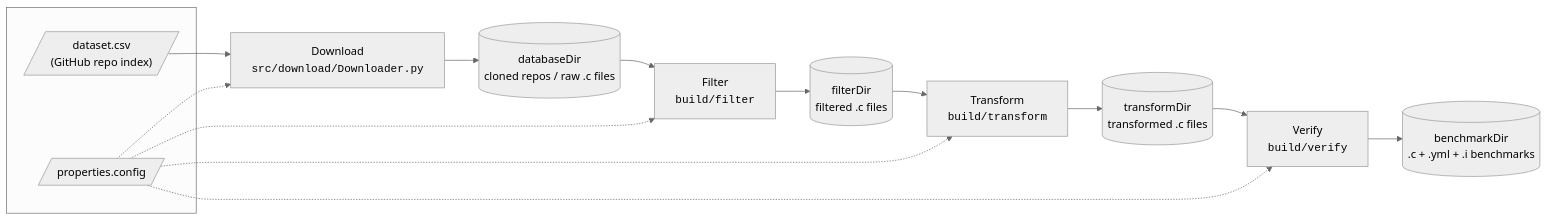
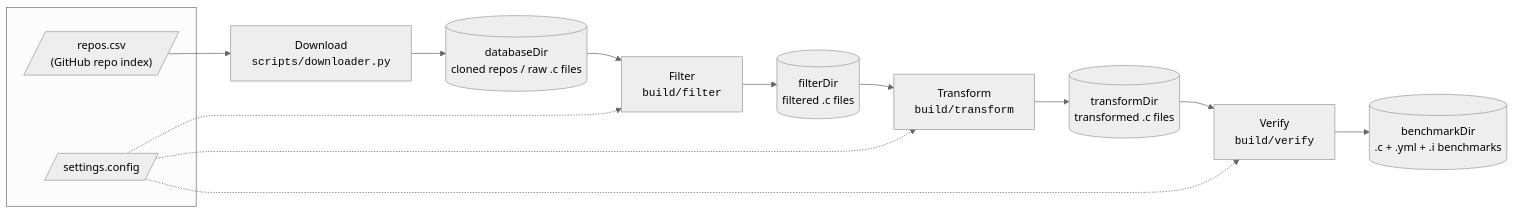
One commit to unl-pal/argv-c-transformer changed the first of 2 diagrams in docs/Design.md. Above: the diagram before and after it, drawn with Mermaid (neutral theme). The commit also changed other lines of this file and 93 other files, not shown here.

````diff
--- a/docs/Design.md
+++ b/docs/Design.md
@@ -17,31 +22,30 @@
 ```mermaid
 flowchart LR
     subgraph inputs[" "]
-        CSV[/"dataset.csv<br/>(GitHub repo index)"/]
-        CFG[/"properties.config"/]
+        CSV[/"repos.csv<br/>(GitHub repo index)"/]
+        CFG[/"settings.config"/]
     end
 
-    DL["Download<br/><code>src/download/Downloader.py</code>"]
+    DL["Download<br/><code>scripts/downloader.py</code>"]
     FI["Filter<br/><code>build/filter</code>"]
     TR["Transform<br/><code>build/transform</code>"]
     VF["Verify<br/><code>build/verify</code>"]
 
     DB[("databaseDir<br/>cloned repos / raw .c files")]
     FD[("filterDir<br/>filtered .c files")]
     TD[("transformDir<br/>transformed .c files")]
     BM[("benchmarkDir<br/>.c + .yml + .i benchmarks")]
 
     CSV --> DL
     DL --> DB
     DB --> FI
     FI --> FD
     FD --> TR
     TR --> TD
     TD --> VF
     VF --> BM
 
-    CFG -.-> DL
     CFG -.-> FI
     CFG -.-> TR
     CFG -.-> VF
 ```
````
